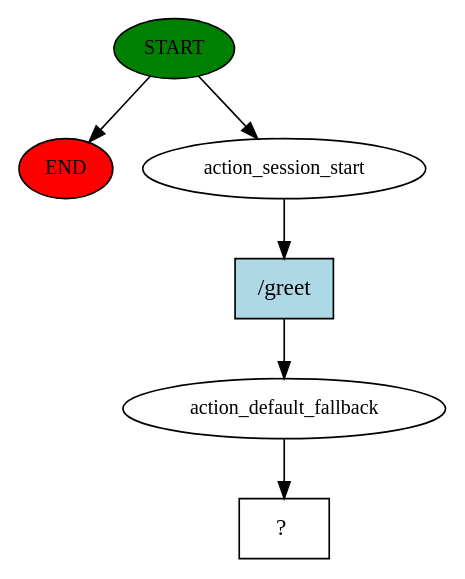
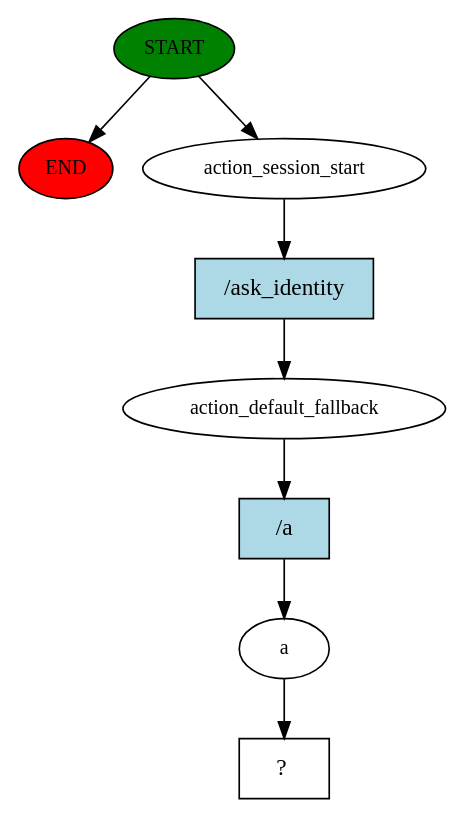
One commit to cuocchie/RASA_MB changed the diagram in story_graph.dot. Above: the diagram before and after it, drawn with Graphviz. The commit also changed 14 other files, not shown here.

```diff
--- a/story_graph.dot
+++ b/story_graph.dot
@@ -1,13 +1,17 @@
 digraph  {
 0 [class="start active", fillcolor=green, fontsize=12, label=START, style=filled];
 "-1" [class=end, fillcolor=red, fontsize=12, label=END, style=filled];
 1 [class=active, fontsize=12, label=action_session_start];
 2 [class=active, fontsize=12, label=action_default_fallback];
-3 [class="intent dashed active", label="  ?  ", shape=rect];
-4 [class="intent active", fillcolor=lightblue, label="/greet", shape=rect, style=filled];
+3 [class=active, fontsize=12, label=a];
+4 [class="intent dashed active", label="  ?  ", shape=rect];
+5 [class="intent active", fillcolor=lightblue, label="/ask_identity", shape=rect, style=filled];
+6 [class="intent active", fillcolor=lightblue, label="/a", shape=rect, style=filled];
 0 -> "-1"  [class="", key=NONE, label=""];
 0 -> 1  [class=active, key=NONE, label=""];
-1 -> 4  [class=active, key=0];
-2 -> 3  [class=active, key=NONE, label=""];
-4 -> 2  [class=active, key=0];
+1 -> 5  [class=active, key=0];
+2 -> 6  [class=active, key=0];
+3 -> 4  [class=active, key=NONE, label=""];
+5 -> 2  [class=active, key=0];
+6 -> 3  [class=active, key=0];
 }
```
